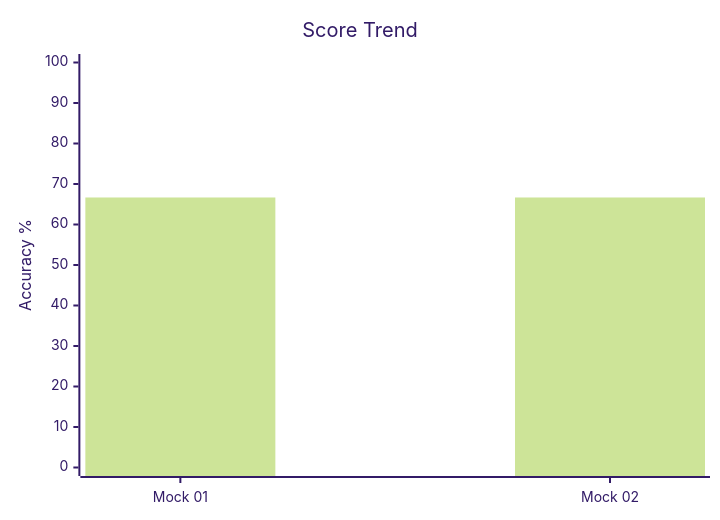
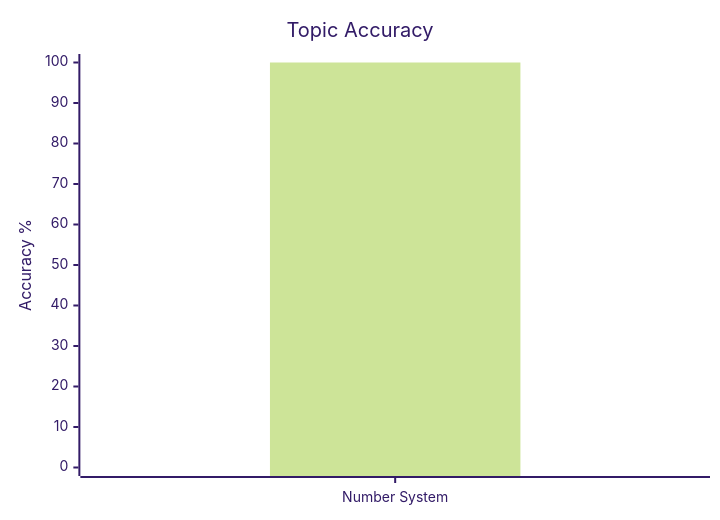
The first of 3 diagrams in content/cds/elementary-mathematics/elementary_mathematics_overview.md (skc-coder/SAGE), drawn with Mermaid (forest theme) before and after one commit. The commit also changed other lines of this file and 14 other files, not shown here.

Commit message:
feat(sage): log Pathfinder Number System Q12 with SAGE Obsidian taxonomy and variations

````diff
--- a/content/cds/elementary-mathematics/elementary_mathematics_overview.md
+++ b/content/cds/elementary-mathematics/elementary_mathematics_overview.md
@@ -14,7 +20,7 @@
 ```mermaid
 xychart-beta
-    title "Score Trend"
-    x-axis ["Mock 01", "Mock 02"]
+    title "Topic Accuracy"
+    x-axis ["Number System"]
     y-axis "Accuracy %" 0 --> 100
-    bar [66.67, 66.67]
+    bar [100]
 ```
````
